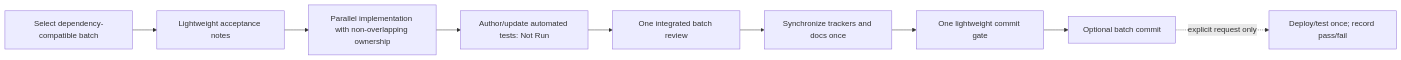
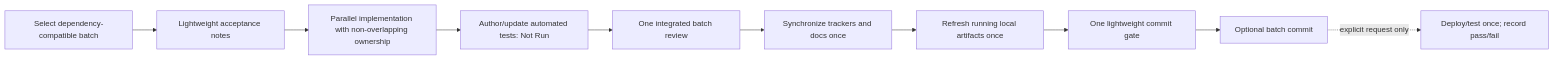
The diagram in docs/SDLC.md (arpanm/logistics-management), drawn with Mermaid before and after one commit. The commit also changed other lines of this file and 85 other files, not shown here.

````diff
--- a/docs/SDLC.md
+++ b/docs/SDLC.md
@@ -9,11 +9,12 @@
 ```mermaid
 flowchart LR
     B["Select dependency-compatible batch"] --> N["Lightweight acceptance notes"]
     N --> I["Parallel implementation with non-overlapping ownership"]
     I --> T["Author/update automated tests: Not Run"]
     T --> R["One integrated batch review"]
     R --> S["Synchronize trackers and docs once"]
-    S --> G["One lightweight commit gate"]
+    S --> L["Refresh running local artifacts once"]
+    L --> G["One lightweight commit gate"]
     G --> C["Optional batch commit"]
     C -. "explicit request only" .-> X["Deploy/test once; record pass/fail"]
 ```
````
